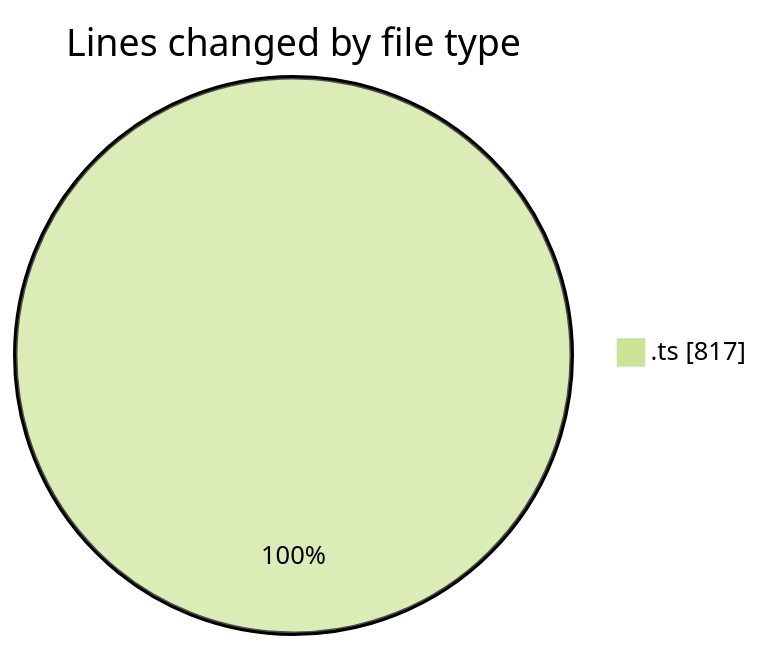
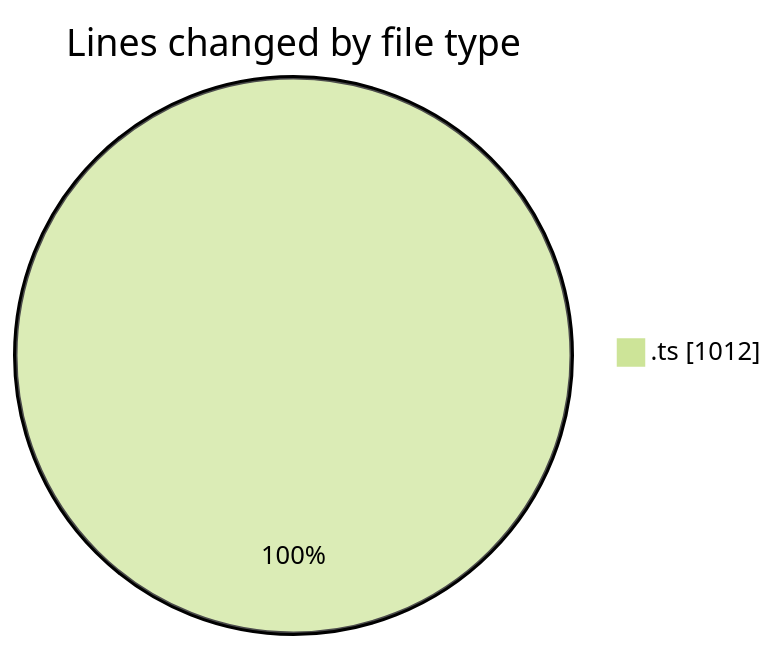
Before and after one commit to nxtqubesakshisongat/code-tracking: the first of 2 diagrams in 2026-05-04/nxtqube_webapp/README.md, drawn with Mermaid (forest theme). The commit also changed other lines of this file and 1 other file, not shown here.

````diff
--- a/2026-05-04/nxtqube_webapp/README.md
+++ b/2026-05-04/nxtqube_webapp/README.md
@@ -20,5 +21,5 @@
 ```mermaid
 pie showData
 title Lines changed by file type
-".ts" : 817
+".ts" : 1012
 ```
````
